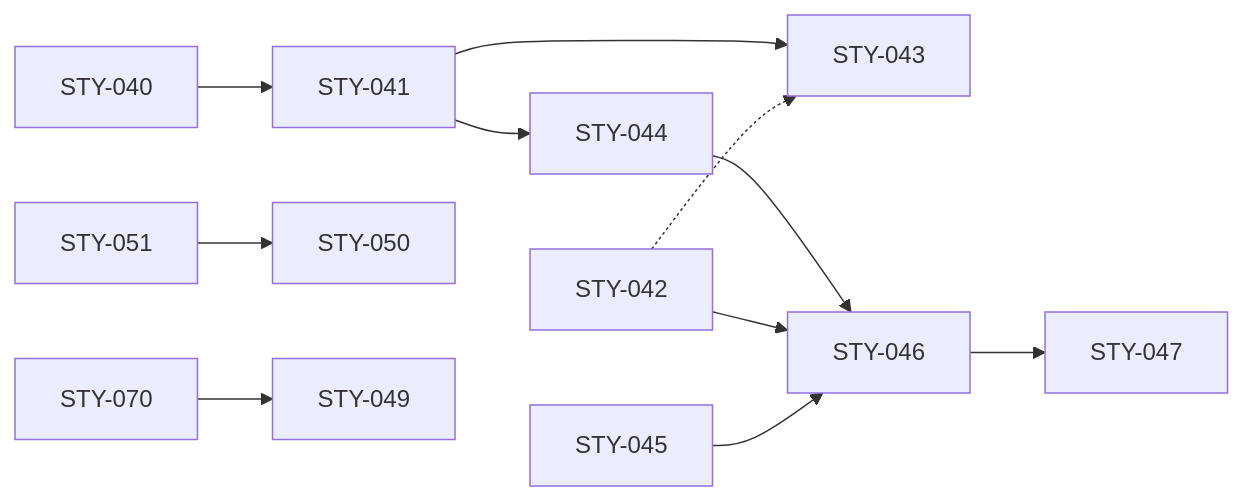
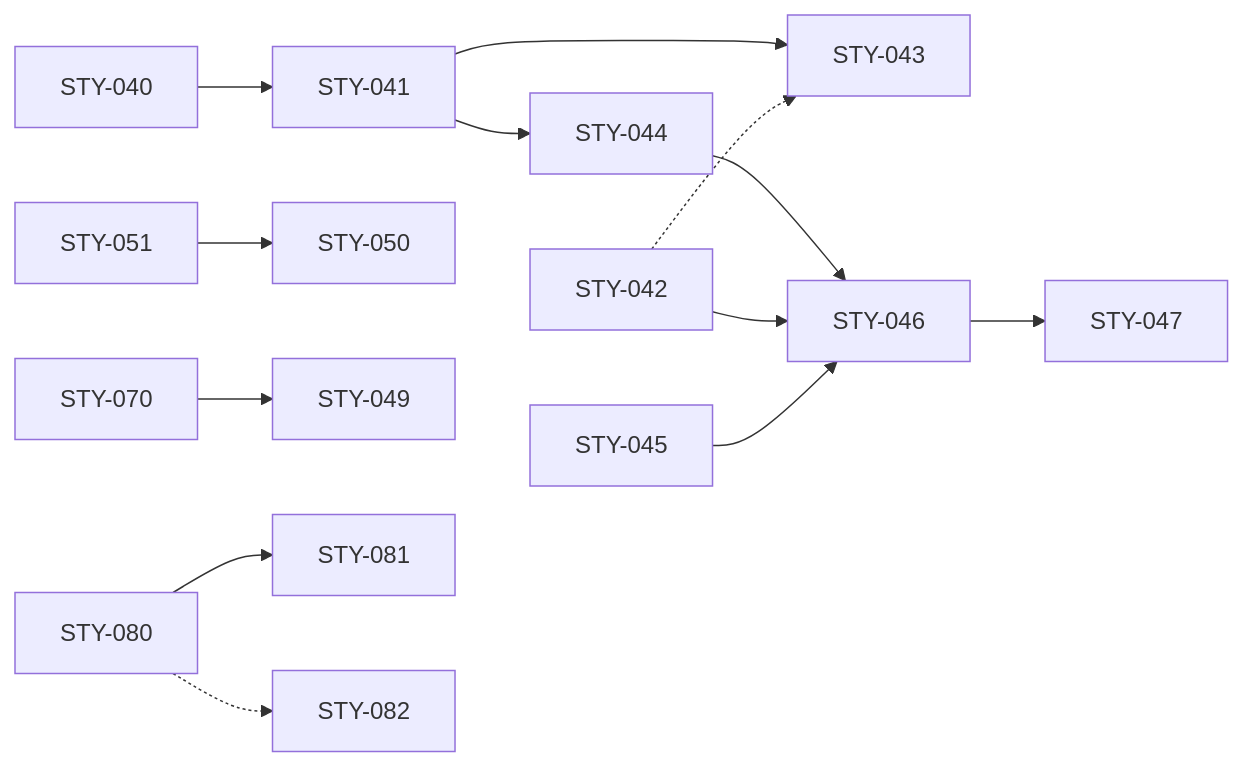
The diagram in docs/backlog/EPC-011-adding-roadmaps-and-items/README.md (DHCW-Digital-Health-and-Care-Wales/roadmaps), drawn with Mermaid before and after one commit. The commit also changed other lines of this file and 10 other files, not shown here.

````diff
--- a/docs/backlog/EPC-011-adding-roadmaps-and-items/README.md
+++ b/docs/backlog/EPC-011-adding-roadmaps-and-items/README.md
@@ -230,10 +238,12 @@
 ```mermaid
 flowchart LR
   STY-040 --> STY-041 --> STY-043
   STY-041 --> STY-044 --> STY-046
   STY-042 --> STY-046
   STY-042 -.-> STY-043
   STY-045 --> STY-046 --> STY-047
   STY-051 --> STY-050
   STY-070 --> STY-049
+  STY-080 --> STY-081
+  STY-080 -.-> STY-082
 ```
````
